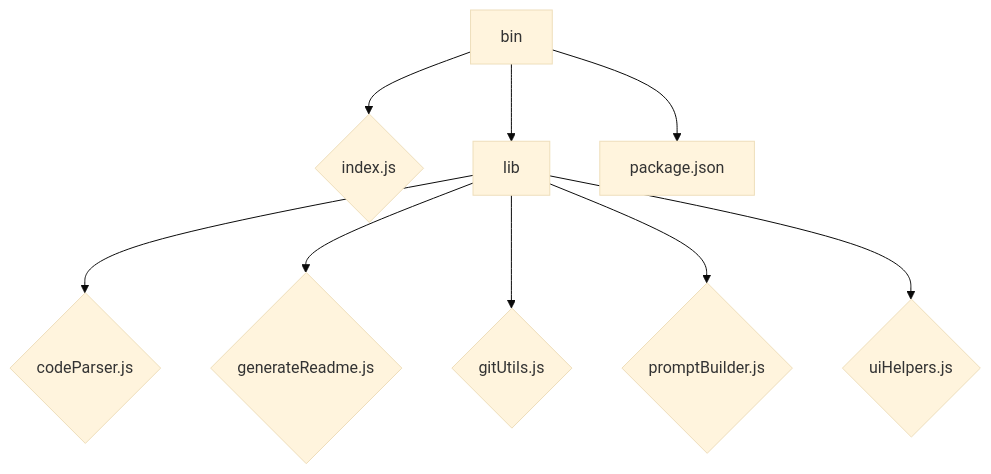
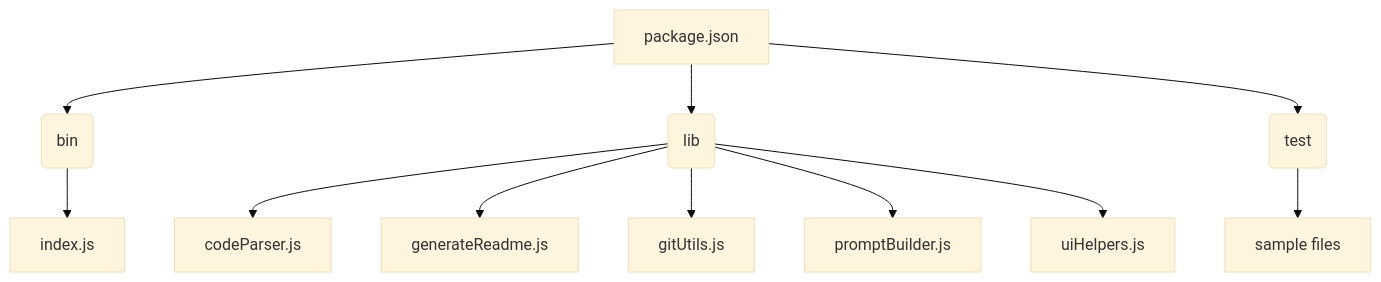
The second of 2 diagrams in README.md (PIYUSH1SAINI/ReadMe-wiz), drawn with Mermaid (base theme) before and after one commit. The commit also changed other lines of this file and 20 other files, not shown here.

````diff
--- a/README.md
+++ b/README.md
@@ -57,12 +45,14 @@
 ```mermaid
 graph TD
-    A[bin] --> B{index.js};
-    A --> C[lib];
-    C --> D{codeParser.js};
-    C --> E{generateReadme.js};
-    C --> F{gitUtils.js};
-    C --> G{promptBuilder.js};
-    C --> H{uiHelpers.js};
-    A --> I[package.json];
+    A[package.json] --> B(bin);
+    B --> C[index.js];
+    A --> D(lib);
+    D --> E[codeParser.js];
+    D --> F[generateReadme.js];
+    D --> G[gitUtils.js];
+    D --> H[promptBuilder.js];
+    D --> I[uiHelpers.js];
+    A --> J(test);
+    J --> K[sample files];
 
 ```
````
